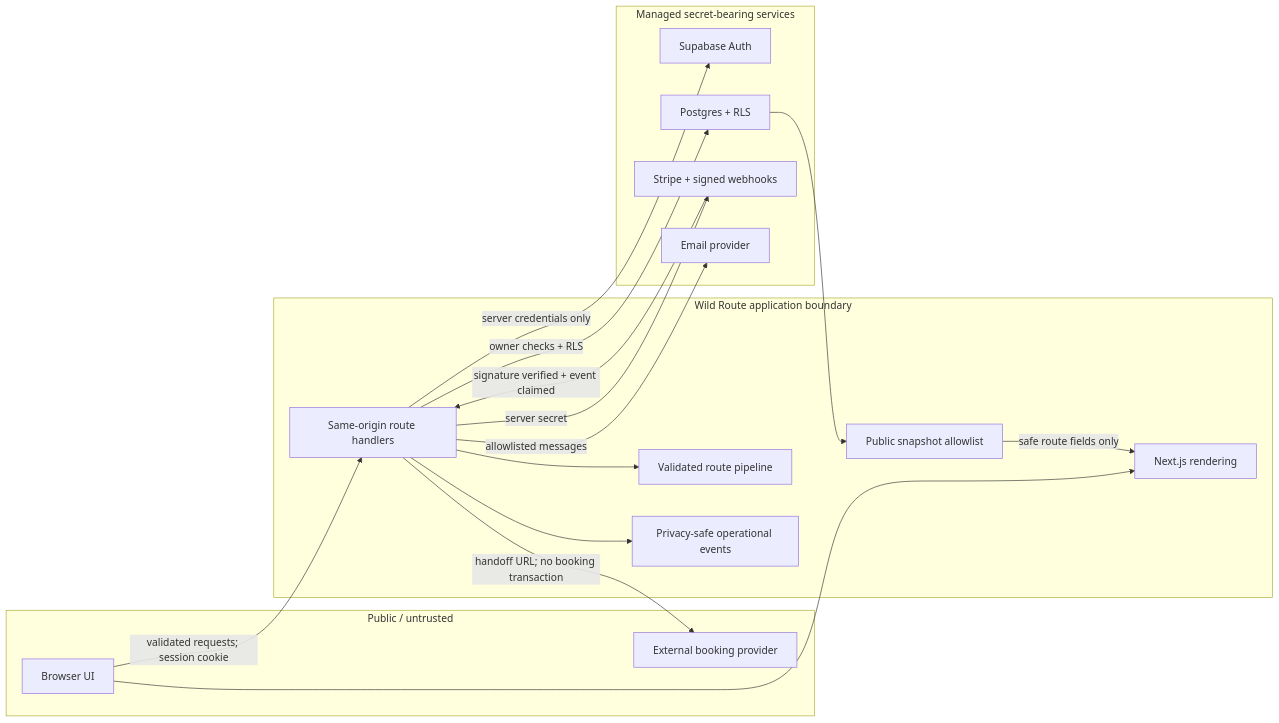
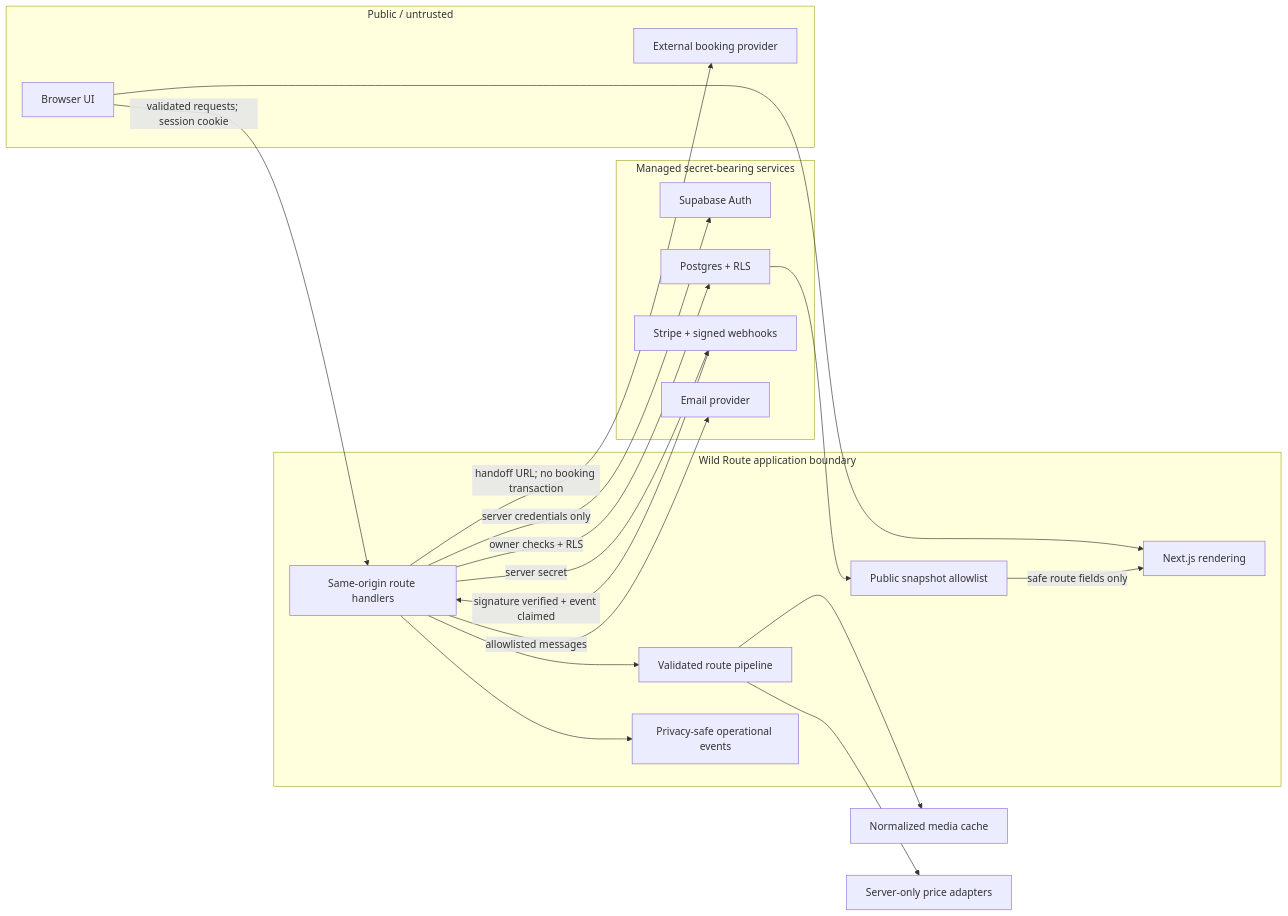
The first of 2 diagrams in docs/ARCHITECTURE.md (TheMarcellVarga/ai-travel-planner), drawn with Mermaid before and after one commit. The commit also changed other lines of this file and 40 other files, not shown here.

````diff
--- a/docs/ARCHITECTURE.md
+++ b/docs/ARCHITECTURE.md
@@ -21,35 +22,37 @@
 ```mermaid
 flowchart LR
   subgraph Public["Public / untrusted"]
     Browser["Browser UI"]
     Provider["External booking provider"]
   end
 
   subgraph App["Wild Route application boundary"]
     UI["Next.js rendering"]
     API["Same-origin route handlers"]
     Planner["Validated route pipeline"]
     Mapper["Public snapshot allowlist"]
     Events["Privacy-safe operational events"]
   end
 
   subgraph Managed["Managed secret-bearing services"]
     Auth["Supabase Auth"]
     DB["Postgres + RLS"]
     Stripe["Stripe + signed webhooks"]
     Email["Email provider"]
   end
 
   Browser -->|"validated requests; session cookie"| API
   Browser --> UI
   API --> Planner
   API -->|"server credentials only"| Auth
   API -->|"owner checks + RLS"| DB
   API -->|"server secret"| Stripe
   Stripe -->|"signature verified + event claimed"| API
   API -->|"allowlisted messages"| Email
   API --> Events
+  Planner --> MediaCache["Normalized media cache"]
+  Planner --> PriceAdapters["Server-only price adapters"]
   DB --> Mapper
   Mapper -->|"safe route fields only"| UI
   API -->|"handoff URL; no booking transaction"| Provider
 ```
````
